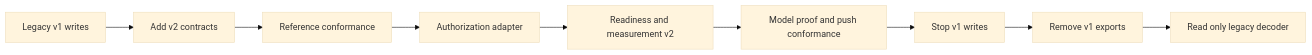
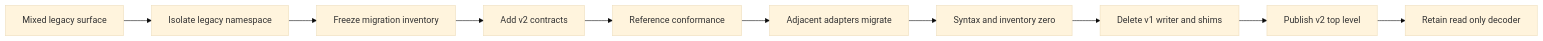
Before and after one commit to norandom/OpenUltraSAST: the fifth of 5 diagrams in .kiro/specs/detection-core/design.md, drawn with Mermaid (base theme). The commit also changed other lines of this file and 3 other files, not shown here.

````diff
--- a/.kiro/specs/detection-core/design.md
+++ b/.kiro/specs/detection-core/design.md
@@ -2698,11 +2832,12 @@
 ```mermaid
 flowchart LR
-    V1[Legacy v1 writes] --> V2[Add v2 contracts]
+    V1[Mixed legacy surface] --> Isolate[Isolate legacy namespace]
+    Isolate --> Inventory[Freeze migration inventory]
+    Inventory --> V2[Add v2 contracts]
     V2 --> References[Reference conformance]
-    References --> AuthAdapter[Authorization adapter]
-    AuthAdapter --> Benchmarks[Readiness and measurement v2]
-    Benchmarks --> Consumers[Model proof and push conformance]
-    Consumers --> StopV1[Stop v1 writes]
-    StopV1 --> RemoveV1[Remove v1 exports]
-    RemoveV1 --> LegacyRead[Read only legacy decoder]
+    References --> Adapters[Adjacent adapters migrate]
+    Adapters --> Zero[Syntax and inventory zero]
+    Zero --> RemoveV1[Delete v1 writer and shims]
+    RemoveV1 --> PublishV2[Publish v2 top level]
+    PublishV2 --> LegacyRead[Retain read only decoder]
 ```
````
